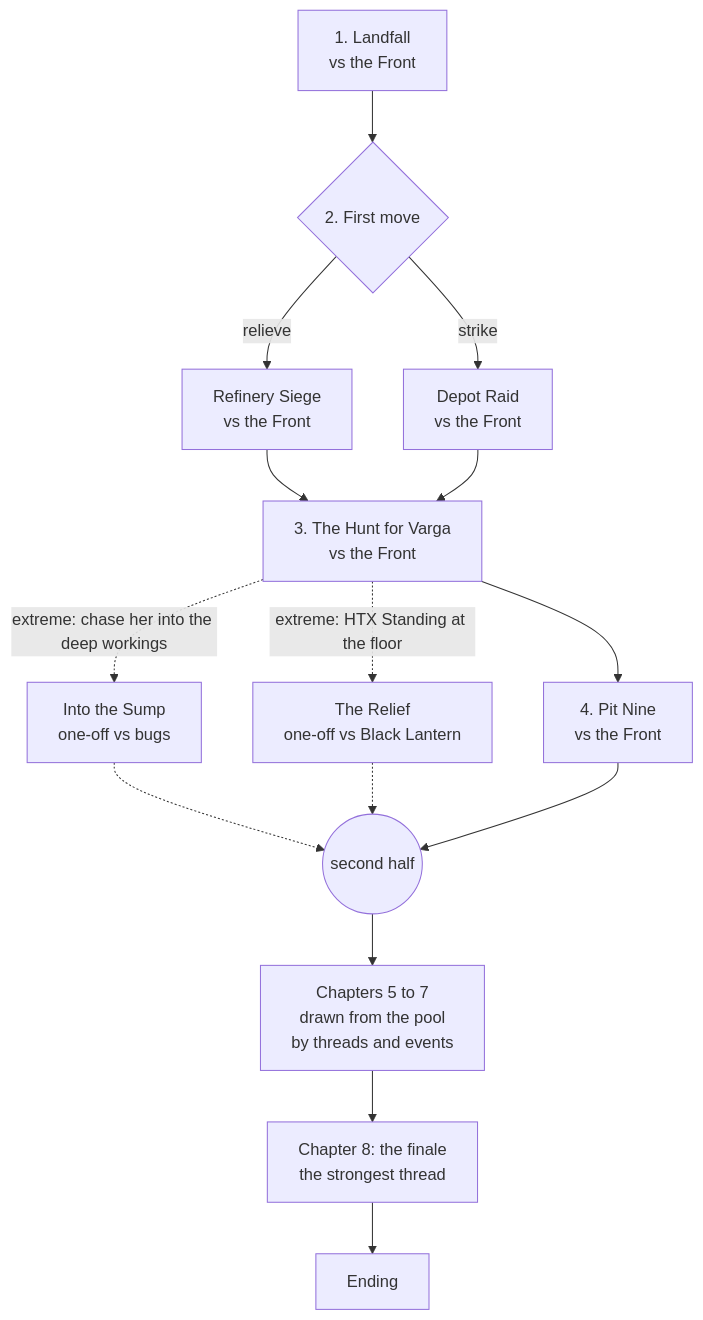
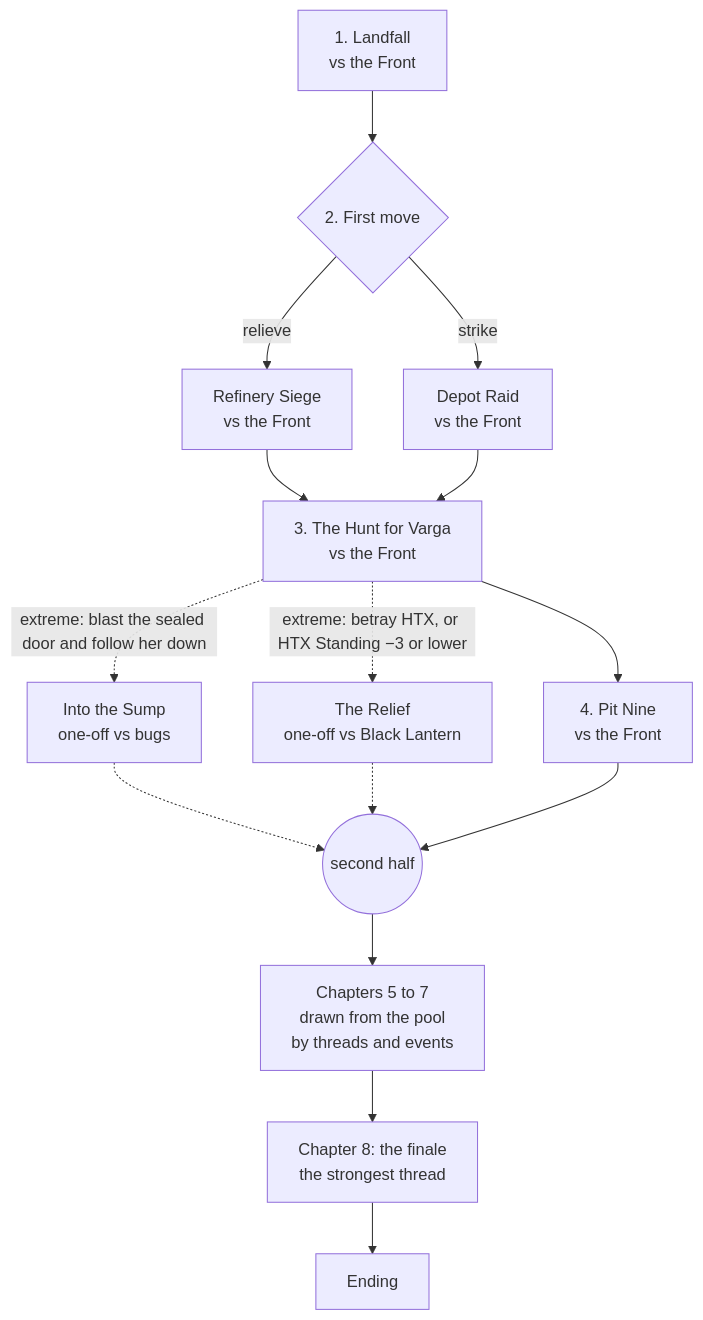
Before and after one commit to edcull/PMC-Firefight: the diagram in docs/story-mode-plan.md, drawn with Mermaid. The commit also changed other lines of this file, not shown here.

````diff
--- a/docs/story-mode-plan.md
+++ b/docs/story-mode-plan.md
@@ -102,17 +116,17 @@
 ```mermaid
 flowchart TD
   C1[1. Landfall<br/>vs the Front] --> C2{2. First move}
   C2 -->|relieve| C2a[Refinery Siege<br/>vs the Front]
   C2 -->|strike| C2b[Depot Raid<br/>vs the Front]
   C2a --> C3[3. The Hunt for Varga<br/>vs the Front]
   C2b --> C3
   C3 --> C4[4. Pit Nine<br/>vs the Front]
-  C3 -.->|extreme: chase her into the deep workings| S[Into the Sump<br/>one-off vs bugs]
-  C3 -.->|extreme: HTX Standing at the floor| L[The Relief<br/>one-off vs Black Lantern]
+  C3 -.->|extreme: blast the sealed door and follow her down| S[Into the Sump<br/>one-off vs bugs]
+  C3 -.->|extreme: betray HTX, or HTX Standing −3 or lower| L[The Relief<br/>one-off vs Black Lantern]
   S -.-> H((second half))
   L -.-> H
   C4 --> H
   H --> P[Chapters 5 to 7<br/>drawn from the pool<br/>by threads and events]
   P --> F[Chapter 8: the finale<br/>the strongest thread]
   F --> E[Ending]
 ```
````
